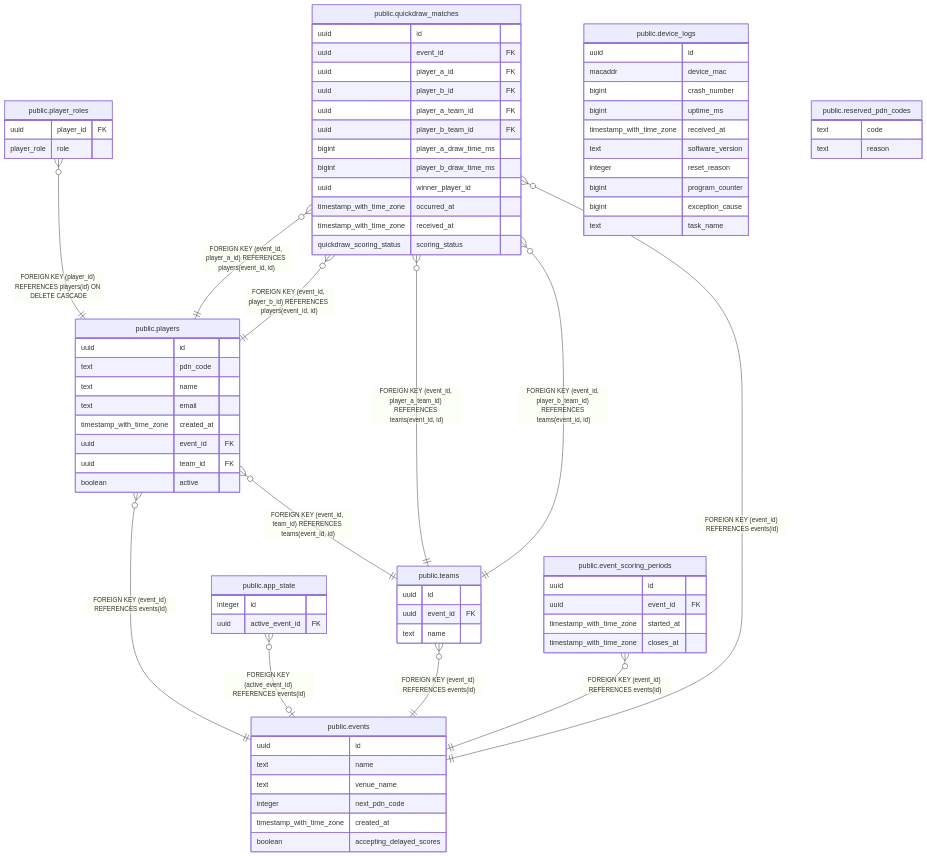
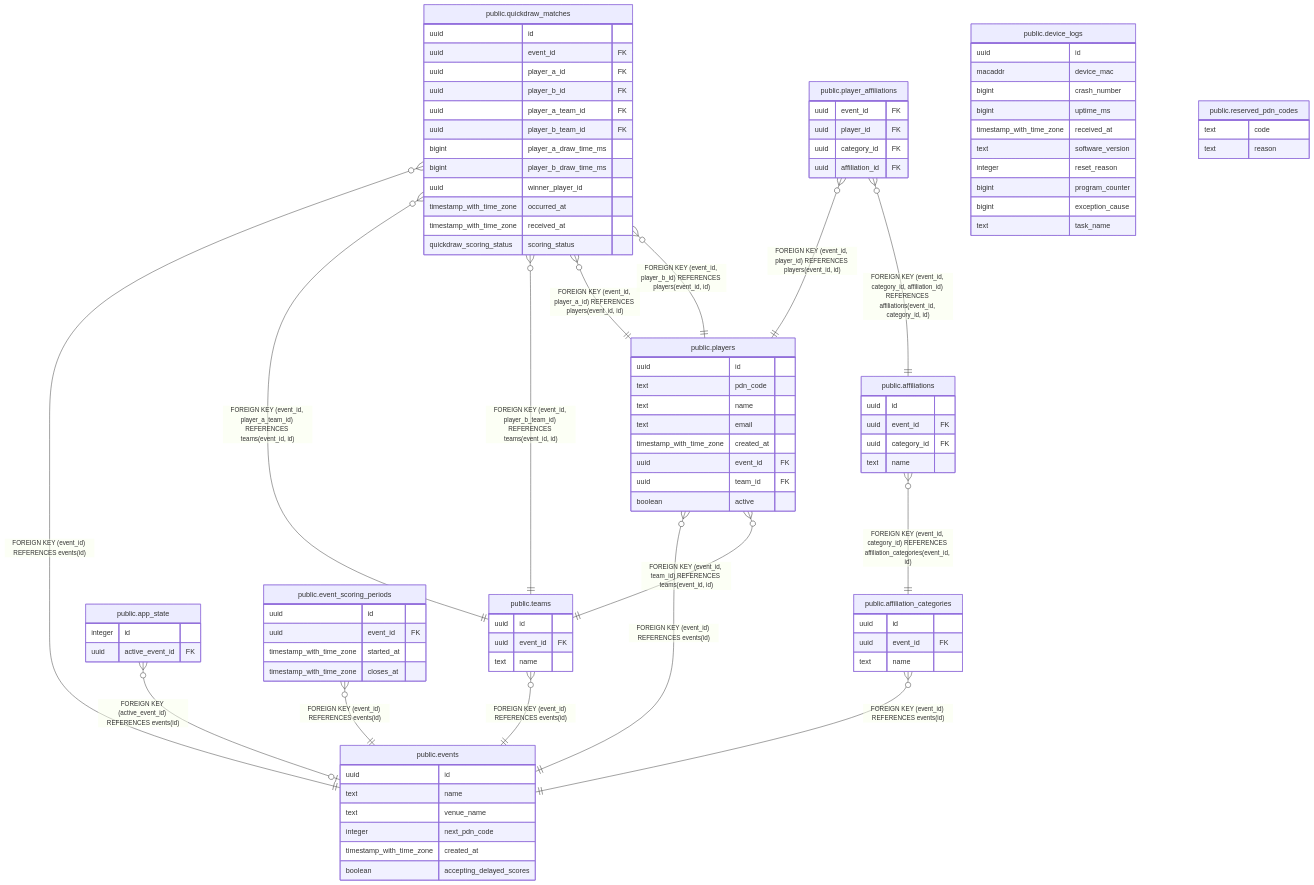
The diagram in docs/database/schema/README.md (alleycatassetacquisitions/alleycat-rs), drawn with Mermaid before and after one commit. The commit also changed other lines of this file and 16 other files, not shown here.

Commit message:
Add event affiliation schema and development seed data (#47)

````diff
--- a/docs/database/schema/README.md
+++ b/docs/database/schema/README.md
@@ -47,7 +48,6 @@
 
 "public.players" }o--|| "public.events" : "FOREIGN KEY (event_id) REFERENCES events(id)"
 "public.players" }o--|| "public.teams" : "FOREIGN KEY (event_id, team_id) REFERENCES teams(event_id, id)"
-"public.player_roles" }o--|| "public.players" : "FOREIGN KEY (player_id) REFERENCES players(id) ON DELETE CASCADE"
 "public.app_state" }o--o| "public.events" : "FOREIGN KEY (active_event_id) REFERENCES events(id)"
 "public.teams" }o--|| "public.events" : "FOREIGN KEY (event_id) REFERENCES events(id)"
 "public.event_scoring_periods" }o--|| "public.events" : "FOREIGN KEY (event_id) REFERENCES events(id)"
@@ -56,6 +56,10 @@
 "public.quickdraw_matches" }o--|| "public.teams" : "FOREIGN KEY (event_id, player_b_team_id) REFERENCES teams(event_id, id)"
 "public.quickdraw_matches" }o--|| "public.players" : "FOREIGN KEY (event_id, player_a_id) REFERENCES players(event_id, id)"
 "public.quickdraw_matches" }o--|| "public.players" : "FOREIGN KEY (event_id, player_b_id) REFERENCES players(event_id, id)"
+"public.affiliation_categories" }o--|| "public.events" : "FOREIGN KEY (event_id) REFERENCES events(id)"
+"public.affiliations" }o--|| "public.affiliation_categories" : "FOREIGN KEY (event_id, category_id) REFERENCES affiliation_categories(event_id, id)"
+"public.player_affiliations" }o--|| "public.players" : "FOREIGN KEY (event_id, player_id) REFERENCES players(event_id, id)"
+"public.player_affiliations" }o--|| "public.affiliations" : "FOREIGN KEY (event_id, category_id, affiliation_id) REFERENCES affiliations(event_id, category_id, id)"
 
 "public.players" {
   uuid id
@@ -66,10 +70,6 @@
   uuid event_id FK
   uuid team_id FK
   boolean active
-}
-"public.player_roles" {
-  uuid player_id FK
-  player_role role
 }
 "public.device_logs" {
   uuid id
@@ -124,4 +124,21 @@
   timestamp_with_time_zone received_at
   quickdraw_scoring_status scoring_status
 }
+"public.affiliation_categories" {
+  uuid id
+  uuid event_id FK
+  text name
+}
+"public.affiliations" {
+  uuid id
+  uuid event_id FK
+  uuid category_id FK
+  text name
+}
+"public.player_affiliations" {
+  uuid event_id FK
+  uuid player_id FK
+  uuid category_id FK
+  uuid affiliation_id FK
+}
 ```
````
